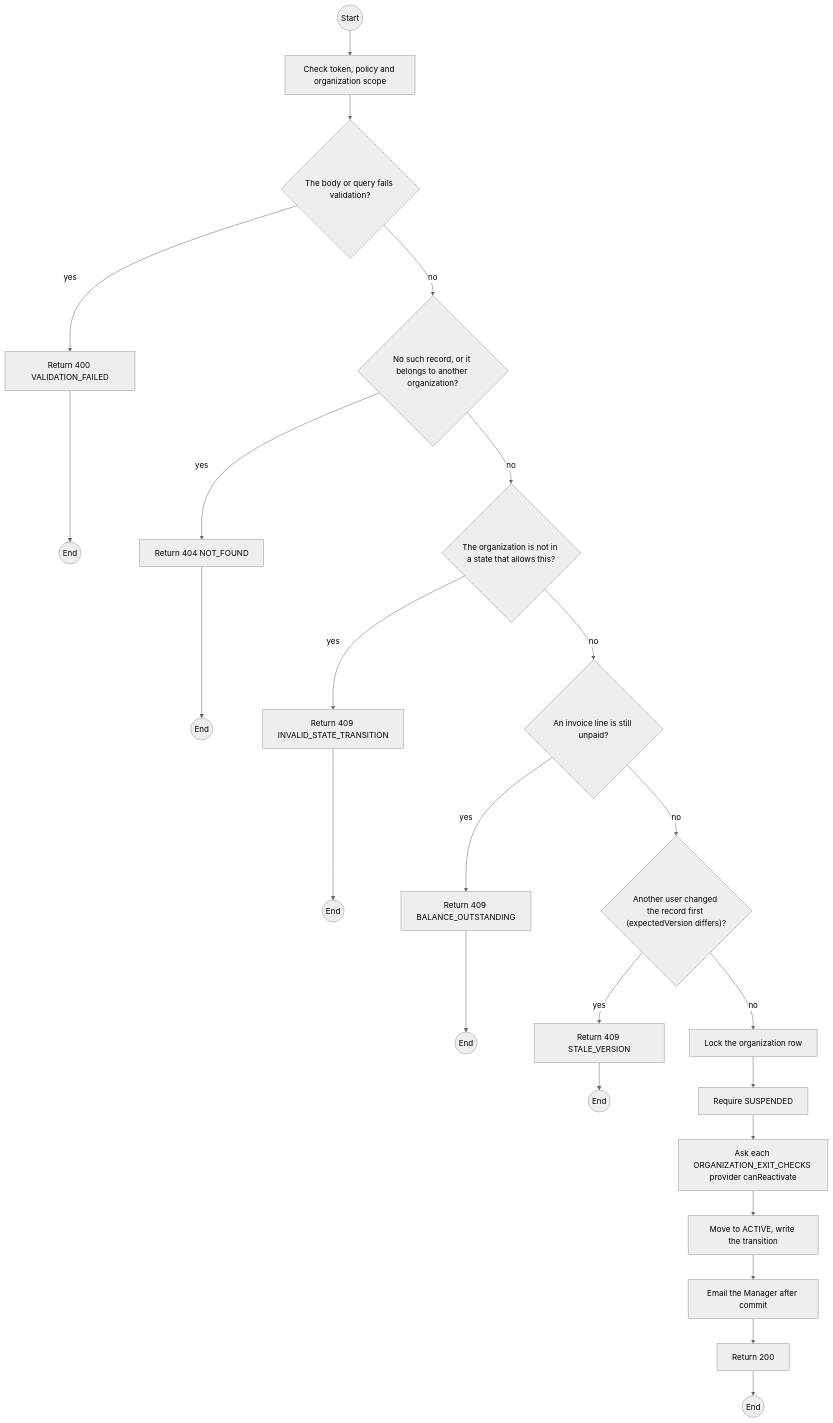
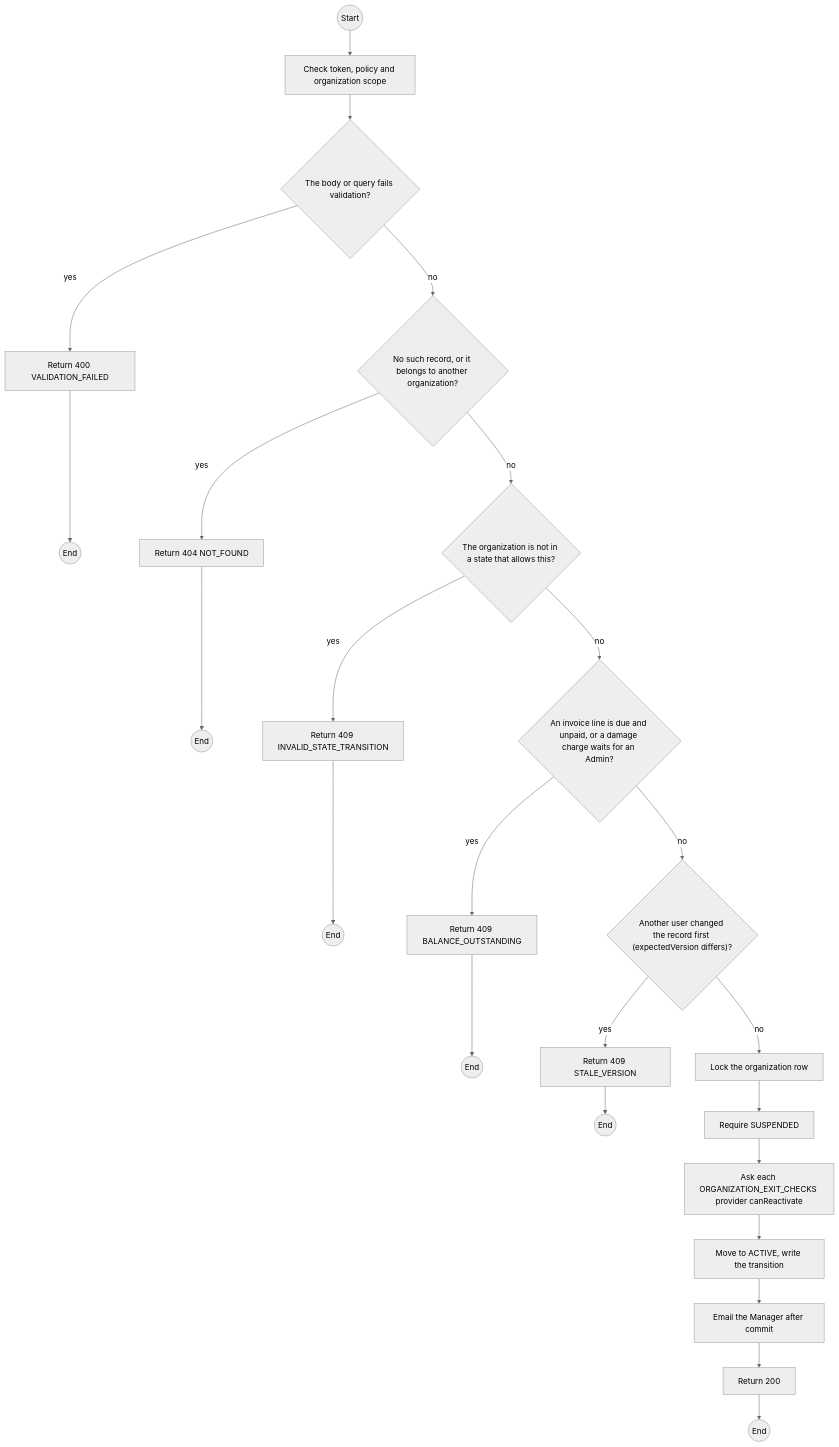
Before and after one commit to TrekLink-Team/treklink-web: the first of 2 diagrams in specs/organizations/api-design/09-post-organizations-id-reactivate.md, drawn with Mermaid (neutral theme). The commit also changed other lines of this file and 13 other files, not shown here.

First line of the commit message:
fix: count only due and unpaid lines when reactivating an organization

````diff
--- a/specs/organizations/api-design/09-post-organizations-id-reactivate.md
+++ b/specs/organizations/api-design/09-post-organizations-id-reactivate.md
@@ -195,44 +195,44 @@
 ```mermaid
 flowchart TB
     S((Start))
     A0["Check token, policy and organization scope"]
     S --> A0
     D1{"The body or query fails validation?"}
     A0 --> D1
     E1["Return 400 VALIDATION_FAILED"]
     D1 -->|yes| E1
     E1 --> X1((End))
     D2{"No such record, or it belongs to another organization?"}
     D1 -->|no| D2
     E2["Return 404 NOT_FOUND"]
     D2 -->|yes| E2
     E2 --> X2((End))
     D3{"The organization is not in a state that allows this?"}
     D2 -->|no| D3
     E3["Return 409 INVALID_STATE_TRANSITION"]
     D3 -->|yes| E3
     E3 --> X3((End))
-    D4{"An invoice line is still unpaid?"}
+    D4{"An invoice line is due and unpaid, or a damage charge waits for an Admin?"}
     D3 -->|no| D4
     E4["Return 409 BALANCE_OUTSTANDING"]
     D4 -->|yes| E4
     E4 --> X4((End))
     D5{"Another user changed the record first (expectedVersion differs)?"}
     D4 -->|no| D5
     E5["Return 409 STALE_VERSION"]
     D5 -->|yes| E5
     E5 --> X5((End))
     P0["Lock the organization row"]
     D5 -->|no| P0
     P1["Require SUSPENDED"]
     P0 --> P1
     P2["Ask each ORGANIZATION_EXIT_CHECKS provider canReactivate"]
     P1 --> P2
     P3["Move to ACTIVE, write the transition"]
     P2 --> P3
     P4["Email the Manager after commit"]
     P3 --> P4
     OK["Return 200"]
     P4 --> OK
     OK --> Z((End))
 ```
````
